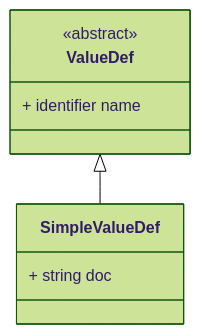
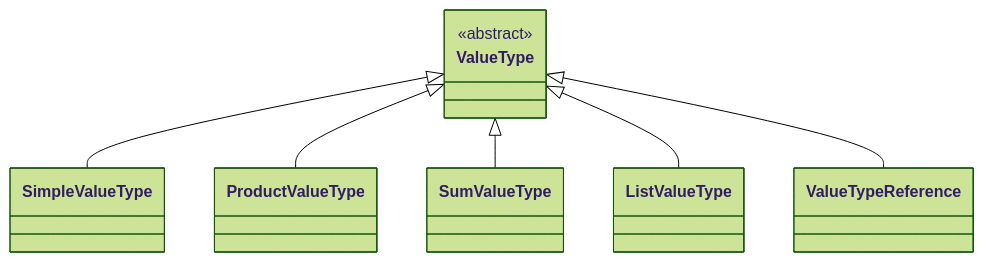
Before and after one commit to xsbd-dev/mudform-editor-using-freon: the diagram in MuDForM/src/freon/diagrams/gen/inheritance-view.md, drawn with Mermaid. The commit also changed 61 other files, not shown here.

````diff
--- a/MuDForM/src/freon/diagrams/gen/inheritance-view.md
+++ b/MuDForM/src/freon/diagrams/gen/inheritance-view.md
@@ -2,16 +2,36 @@
 ```mermaid
     %%{init: {'theme': 'forest'} }%%
     classDiagram
     direction TD
     %% other possibilites: LR RL DT TB (same as TD)
-    class SimpleValueDef {
+    class SimpleValueType {
         
-        + string doc
+        
     }
-    class ValueDef {
+    class ValueType {
         <<abstract>>
-        + identifier name
+        
     }
-    ValueDef <|-- SimpleValueDef
+    class ProductValueType {
+        
+        
+    }
+    class SumValueType {
+        
+        
+    }
+    class ListValueType {
+        
+        
+    }
+    class ValueTypeReference {
+        
+        
+    }
+    ValueType <|-- SimpleValueType
+ValueType <|-- ProductValueType
+ValueType <|-- SumValueType
+ValueType <|-- ListValueType
+ValueType <|-- ValueTypeReference
 
 ```
````
